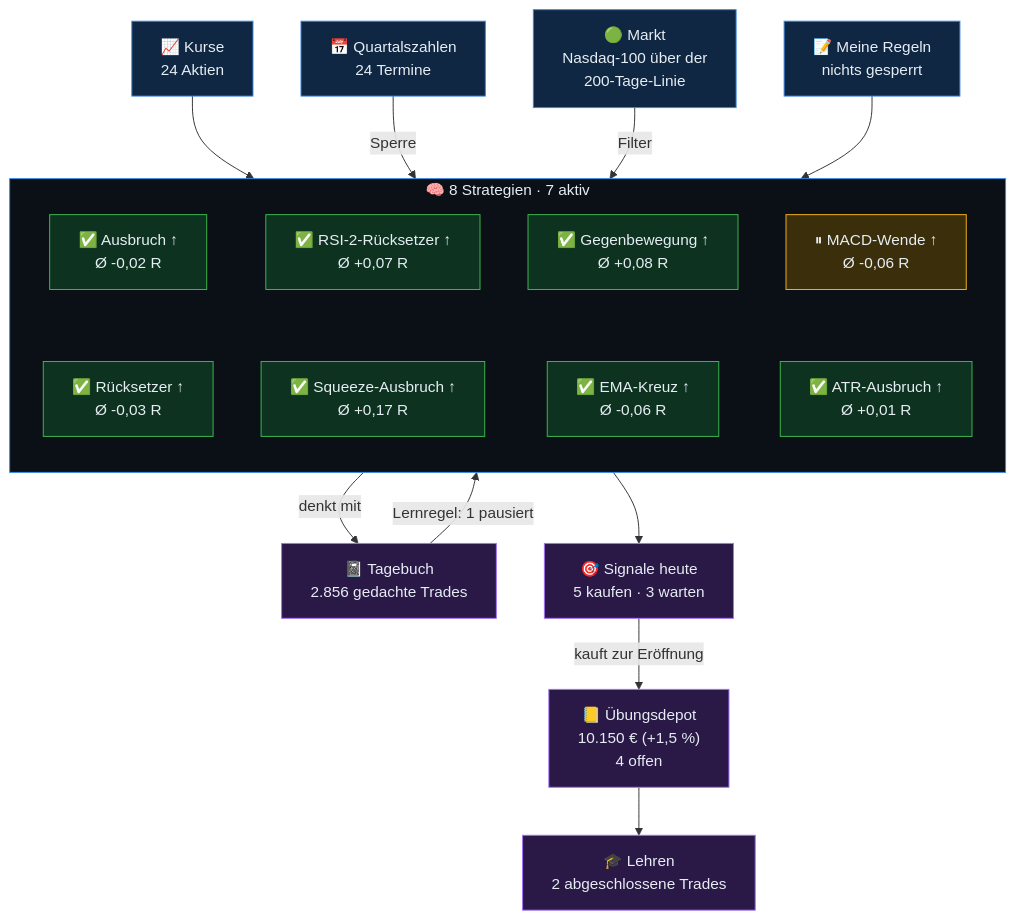
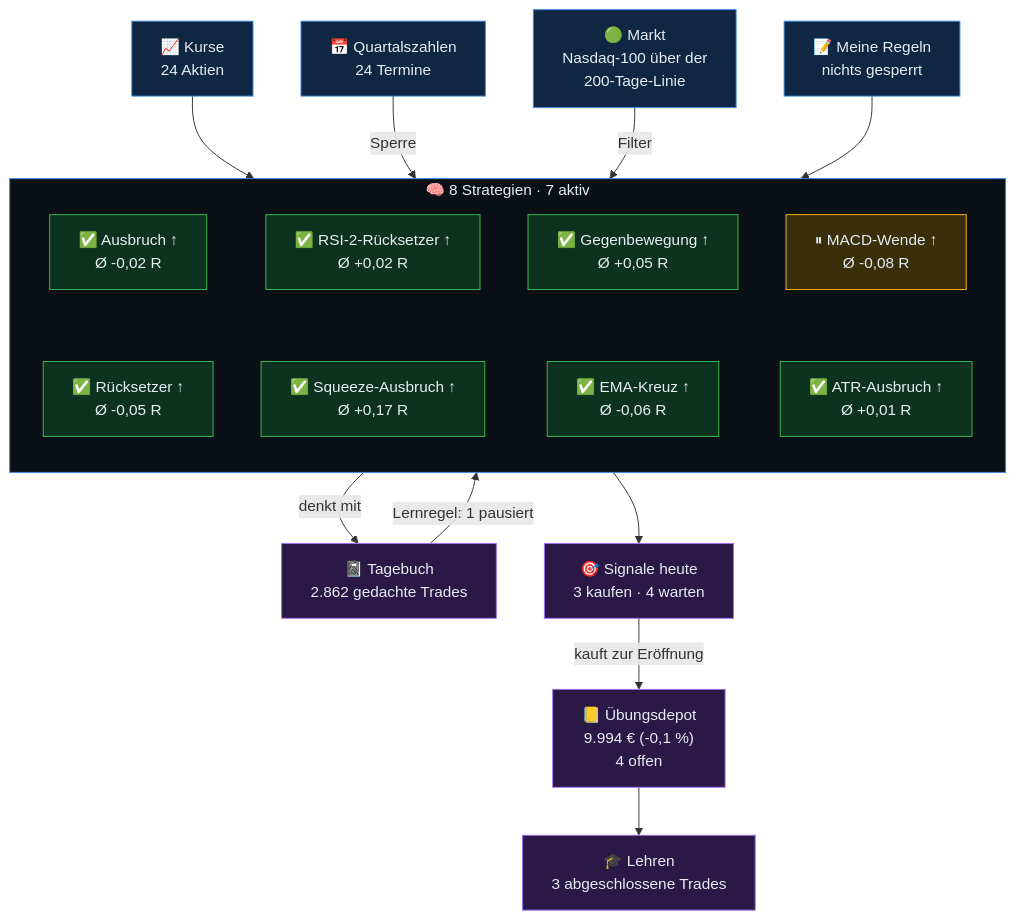
Before and after one commit to sickingmalte-arch/Test-Bot: the diagram in gehirn/Start.md, drawn with Mermaid. The commit also changed other lines of this file and 38 other files, not shown here.

````diff
--- a/gehirn/Start.md
+++ b/gehirn/Start.md
@@ -9,47 +9,47 @@
 ```mermaid
 flowchart TB
   kurse["📈 Kurse<br/>24 Aktien"]
   termine["📅 Quartalszahlen<br/>24 Termine"]
   markt["🟢 Markt<br/>Nasdaq-100 über der<br/>200-Tage-Linie"]
   regeln["📝 Meine Regeln<br/>nichts gesperrt"]
   subgraph KERN["🧠 8 Strategien · 7 aktiv"]
     direction TB
     s0["✅ Ausbruch ↑<br/>Ø -0,02 R"]
-    s1["✅ RSI-2-Rücksetzer ↑<br/>Ø +0,07 R"]
-    s2["✅ Gegenbewegung ↑<br/>Ø +0,08 R"]
-    s3["⏸ MACD-Wende ↑<br/>Ø -0,06 R"]
-    s4["✅ Rücksetzer ↑<br/>Ø -0,03 R"]
+    s1["✅ RSI-2-Rücksetzer ↑<br/>Ø +0,02 R"]
+    s2["✅ Gegenbewegung ↑<br/>Ø +0,05 R"]
+    s3["⏸ MACD-Wende ↑<br/>Ø -0,08 R"]
+    s4["✅ Rücksetzer ↑<br/>Ø -0,05 R"]
     s5["✅ Squeeze-Ausbruch ↑<br/>Ø +0,17 R"]
     s6["✅ EMA-Kreuz ↑<br/>Ø -0,06 R"]
     s7["✅ ATR-Ausbruch ↑<br/>Ø +0,01 R"]
     s0 ~~~ s4
     s1 ~~~ s5
     s2 ~~~ s6
     s3 ~~~ s7
   end
-  tb["📓 Tagebuch<br/>2.856 gedachte Trades"]
-  sig["🎯 Signale heute<br/>5 kaufen · 3 warten"]
-  depot["📒 Übungsdepot<br/>10.150 € (+1,5 %)<br/>4 offen"]
-  lehren["🎓 Lehren<br/>2 abgeschlossene Trades"]
+  tb["📓 Tagebuch<br/>2.862 gedachte Trades"]
+  sig["🎯 Signale heute<br/>3 kaufen · 4 warten"]
+  depot["📒 Übungsdepot<br/>9.994 € (-0,1 %)<br/>4 offen"]
+  lehren["🎓 Lehren<br/>3 abgeschlossene Trades"]
   kurse --> KERN
   termine -->|Sperre| KERN
   markt -->|Filter| KERN
   regeln --> KERN
   KERN -->|denkt mit| tb
   tb -->|Lernregel: 1 pausiert| KERN
   KERN --> sig
   sig -->|kauft zur Eröffnung| depot
   depot --> lehren
   classDef ein fill:#0f2742,stroke:#3987e5,color:#e6edf3
   classDef rot fill:#3d1414,stroke:#f47067,color:#e6edf3
   classDef aktiv fill:#0d3320,stroke:#3fb950,color:#e6edf3
   classDef pausiert fill:#3b2e0a,stroke:#fab219,color:#e6edf3
   classDef aus fill:#22272e,stroke:#6e7681,color:#9ba7b4
   classDef aus2 fill:#2a1846,stroke:#a371f7,color:#e6edf3
   class kurse,termine,regeln ein
   class markt ein
   class tb,sig,depot,lehren aus2
   class s0,s1,s2,s4,s5,s6,s7 aktiv
   class s3 pausiert
   style KERN fill:#0b1016,stroke:#3987e5,color:#e6edf3
 ```
````
